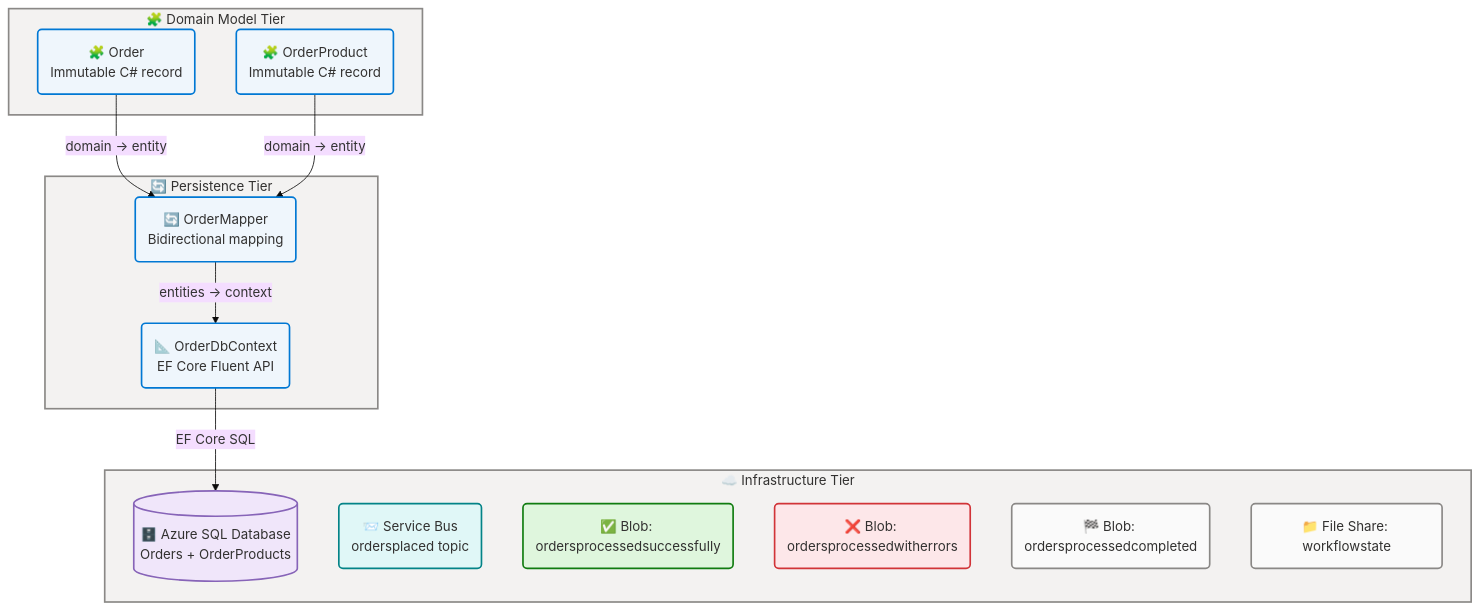
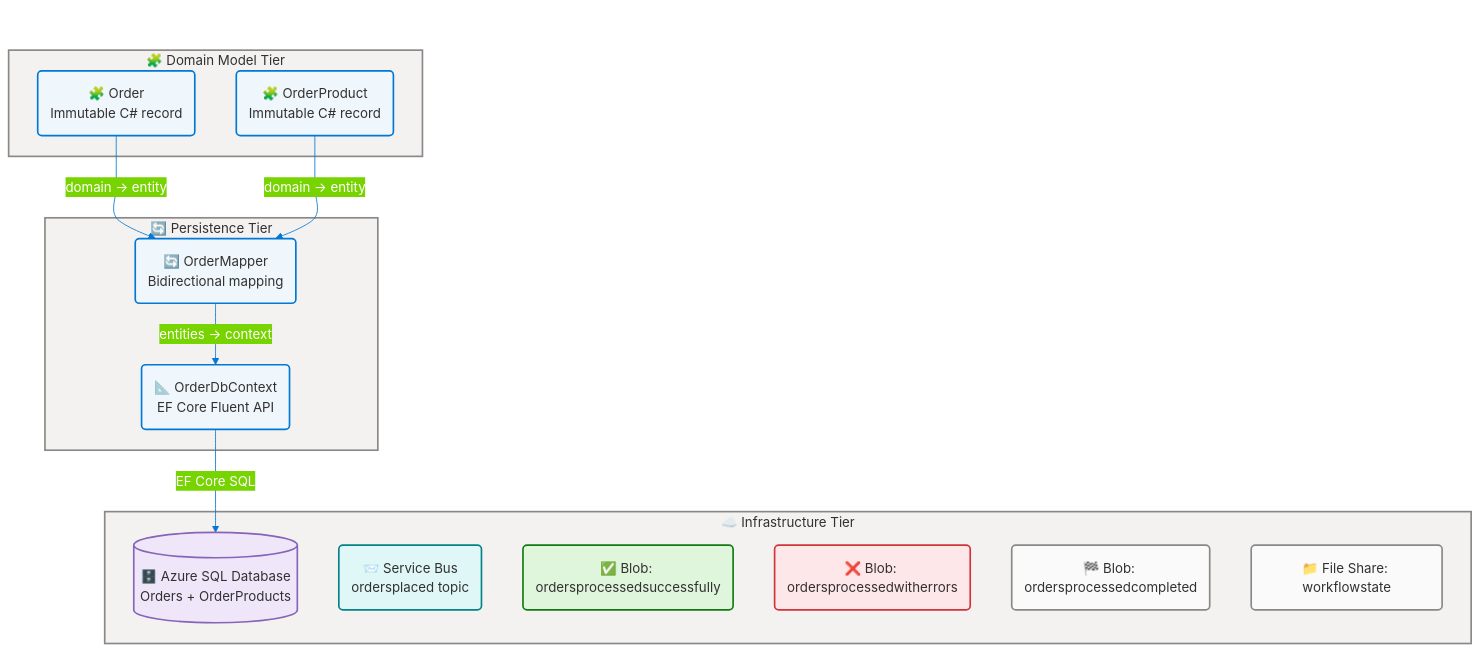
The first of 7 diagrams in docs/architecture/data-architecture.md (Evilazaro/Azure-LogicApps-Monitoring), drawn with Mermaid before and after one commit. The commit also changed other lines of this file, not shown here.

Commit message:
Enhance Mermaid diagrams with improved titles, styling, and curve settings for better clarity and consistency

````diff
--- a/docs/architecture/data-architecture.md
+++ b/docs/architecture/data-architecture.md
@@ -167,61 +167,67 @@
 ```mermaid
 ---
+title: eShop Orders Data Storage Tier and Domain Map
 config:
   theme: base
   look: classic
   layout: dagre
   themeVariables:
     fontSize: '16px'
+    primaryColor: '#0078D4'
+    primaryBorderColor: '#106EBE'
+    primaryTextColor: '#FFFFFF'
+    lineColor: '#0078D4'
   flowchart:
     htmlLabels: true
+    curve: cardinal
 ---
 flowchart TB
     accTitle: eShop Orders Data Storage Tier and Domain Map
     accDescr: Three-tier storage architecture showing the Domain Model Tier with Order and OrderProduct C# records, the Persistence Tier with OrderMapper and OrderDbContext, and the Infrastructure Tier with Azure SQL Database, Service Bus, Blob Storage containers, and File Share.
 
     %% ═══════════════════════════════════════════════════════════════════════════
     %% AZURE / FLUENT ARCHITECTURE PATTERN v1.1
     %% (Semantic + Structural + Font + Accessibility Governance)
     %% ═══════════════════════════════════════════════════════════════════════════
     %% PHASE 1 - FLUENT UI: All styling uses approved Fluent UI palette only
     %% PHASE 2 - GROUPS: Every subgraph has semantic color via style directive
     %% PHASE 3 - COMPONENTS: Every node has semantic classDef + icon prefix
     %% PHASE 4 - ACCESSIBILITY: accTitle/accDescr present, WCAG AA contrast
     %% PHASE 5 - STANDARD: Governance block present, classDefs centralized
     %% ═══════════════════════════════════════════════════════════════════════════
 
     subgraph DomainTier["🧩 Domain Model Tier"]
         OM("🧩 Order\nImmutable C# record"):::core
         OPM("🧩 OrderProduct\nImmutable C# record"):::core
     end
 
     subgraph PersistenceTier["🔄 Persistence Tier"]
         OMAP("🔄 OrderMapper\nBidirectional mapping"):::core
         ODB("📐 OrderDbContext\nEF Core Fluent API"):::core
     end
 
     subgraph InfrastructureTier["☁️ Infrastructure Tier"]
         SQL[("🗄️ Azure SQL Database\nOrders + OrderProducts")]:::data
         SB("📨 Service Bus\nordersplaced topic"):::external
         BS1("✅ Blob: ordersprocessedsuccessfully"):::success
         BS2("❌ Blob: ordersprocessedwitherrors"):::danger
         BC("🏁 Blob: ordersprocessedcompleted"):::neutral
         FS("📁 File Share: workflowstate"):::neutral
     end
 
     OM -->|"domain → entity"| OMAP
     OPM -->|"domain → entity"| OMAP
     OMAP -->|"entities → context"| ODB
     ODB -->|"EF Core SQL"| SQL
 
     style DomainTier fill:#F3F2F1,stroke:#8A8886,stroke-width:2px,color:#323130
     style PersistenceTier fill:#F3F2F1,stroke:#8A8886,stroke-width:2px,color:#323130
     style InfrastructureTier fill:#F3F2F1,stroke:#8A8886,stroke-width:2px,color:#323130
 
+    classDef neutral fill:#FAFAFA,stroke:#8A8886,stroke-width:2px,color:#323130
     classDef core fill:#EFF6FC,stroke:#0078D4,stroke-width:2px,color:#323130
     classDef data fill:#F0E6FA,stroke:#8764B8,stroke-width:2px,color:#323130
     classDef external fill:#E0F7F7,stroke:#038387,stroke-width:2px,color:#323130
     classDef success fill:#DFF6DD,stroke:#107C10,stroke-width:2px,color:#323130
     classDef danger fill:#FDE7E9,stroke:#D13438,stroke-width:2px,color:#323130
-    classDef neutral fill:#FAFAFA,stroke:#8A8886,stroke-width:2px,color:#323130
 ```
````
